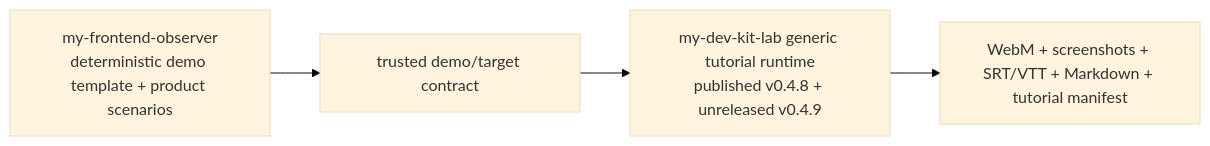
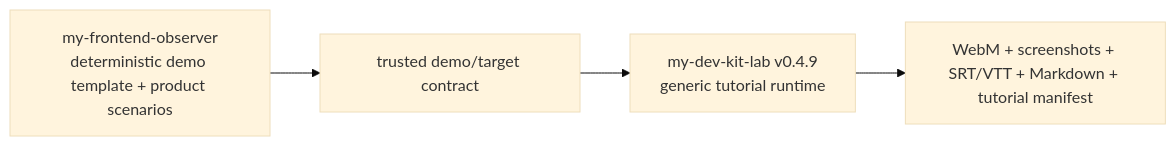
One commit to dailephd/my-dev-kit-lab changed the seventh of 7 diagrams in docs/ARCHITECTURE.md. Above: the diagram before and after it, drawn with Mermaid (base theme). The commit also changed other lines of this file and 11 other files, not shown here.

````diff
--- a/docs/ARCHITECTURE.md
+++ b/docs/ARCHITECTURE.md
@@ -393,6 +393,6 @@
 ```mermaid
 flowchart LR
   Observer[my-frontend-observer<br/>deterministic demo template + product scenarios] --> Contract[trusted demo/target contract]
-  Contract --> Lab[my-dev-kit-lab generic tutorial runtime<br/>published v0.4.8 + unreleased v0.4.9]
+  Contract --> Lab[my-dev-kit-lab v0.4.9<br/>generic tutorial runtime]
   Lab --> Evidence[WebM + screenshots + SRT/VTT + Markdown + tutorial manifest]
 ```
````
